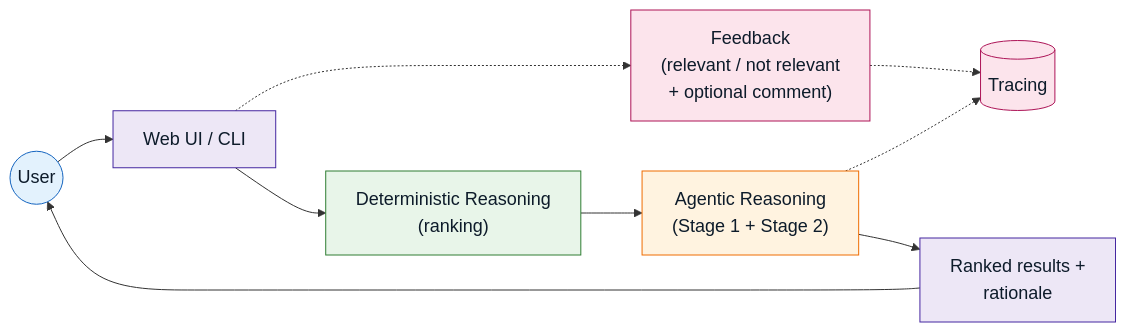
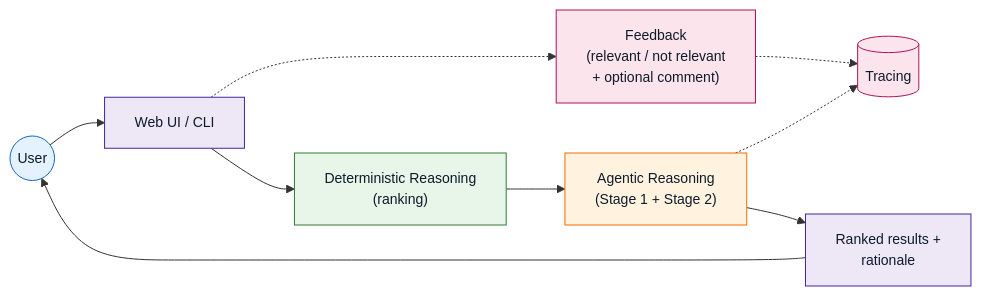
Before and after one commit to pnkjsyngh/ma-acquirer-identification-engine: the first of 3 diagrams in README.md, drawn with Mermaid.

Commit message:
fix: reduce Figure 1 font size to 14px to shrink diagram footprint
Smaller boxes should reduce total diagram height, still cut off after
the loop-back simplification in the previous commit.

````diff
--- a/README.md
+++ b/README.md
@@ -103,29 +103,29 @@
 ```mermaid
-%%{init: {'themeVariables': {'fontSize': '18px'}}}%%
+%%{init: {'themeVariables': {'fontSize': '14px'}}}%%
 flowchart LR
     TRACE[("Tracing")]
     FEEDBACK["Feedback\n(relevant / not relevant\n+ optional comment)"]
 
     USER(("User"))
     UI["Web UI / CLI"]
     DET["Deterministic Reasoning\n(ranking)"]
     AGENT["Agentic Reasoning\n(Stage 1 + Stage 2)"]
     RESULTS["Ranked results +\nrationale"]
 
     AGENT -.-> TRACE
     UI -.-> FEEDBACK -.-> TRACE
 
     USER --> UI --> DET --> AGENT --> RESULTS --> USER
 
     classDef actorNode fill:#e3f2fd,stroke:#1565c0,color:#0d1b2a
     classDef uiNode fill:#ede7f6,stroke:#4527a0,color:#0d1b2a
     classDef deterministicNode fill:#e8f5e9,stroke:#2e7d32,color:#0d1b2a
     classDef agentNode fill:#fff3e0,stroke:#ef6c00,color:#0d1b2a
     classDef sideNode fill:#fce4ec,stroke:#ad1457,color:#0d1b2a
 
     class USER actorNode
     class UI,RESULTS uiNode
     class DET deterministicNode
     class AGENT agentNode
     class TRACE,FEEDBACK sideNode
 ```
````
